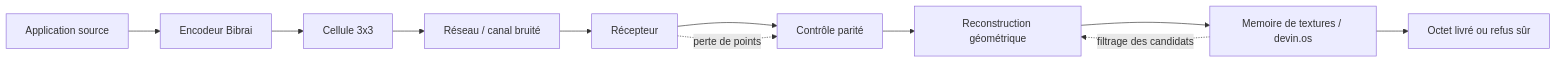
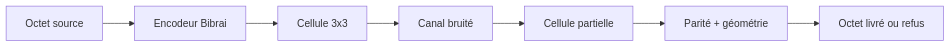
The first of 3 diagrams in README.md (tedehur/octet-econome1.0), drawn with Mermaid before and after one commit. The commit also changed other lines of this file, not shown here.

Commit message:
Rédaction d'un vrai livre blanc et intégration d'une documentation architecture plus complète pour octet-econome1.0

````diff
--- a/README.md
+++ b/README.md
@@ -25,14 +145,9 @@
 ```mermaid
 flowchart LR
-    A[Application source] --> B[Encodeur Bibrai]
+    A[Octet source] --> B[Encodeur Bibrai]
     B --> C[Cellule 3x3]
-    C --> D[Réseau / canal bruité]
-    D --> E[Récepteur]
-    E --> F[Contrôle parité]
-    F --> G[Reconstruction géométrique]
-    G --> H[Memoire de textures / devin.os]
-    H --> I[Octet livré ou refus sûr]
-
-    E -. perte de points .-> F
-    H -. filtrage des candidats .-> G
+    C --> D[Canal bruité]
+    D --> E[Cellule partielle]
+    E --> F[Parité + géométrie]
+    F --> G[Octet livré ou refus]
 ```
````
